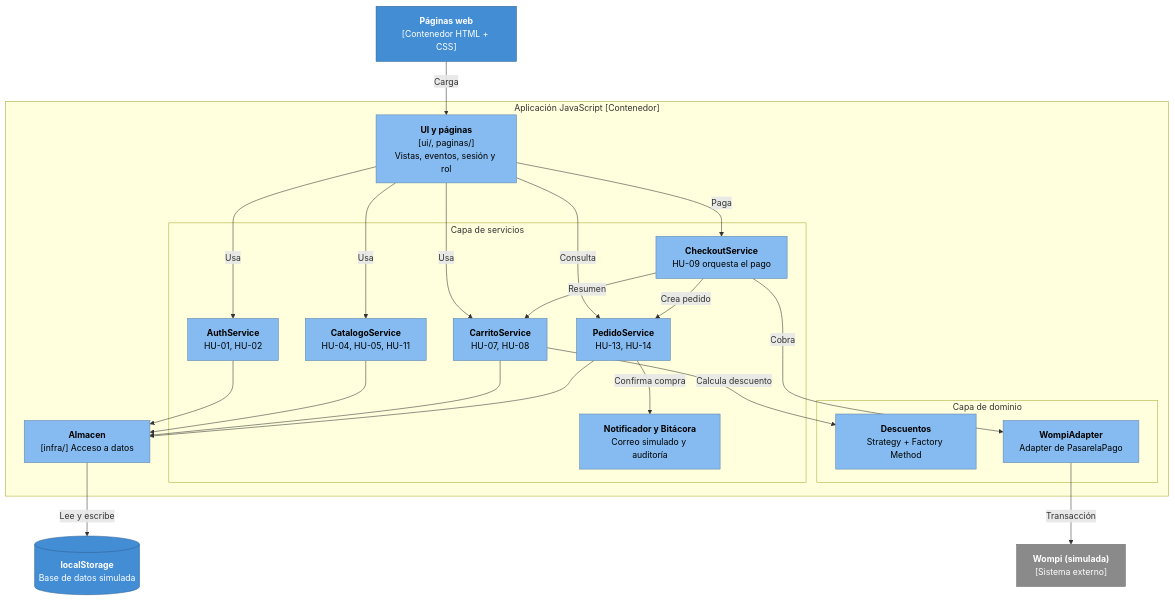
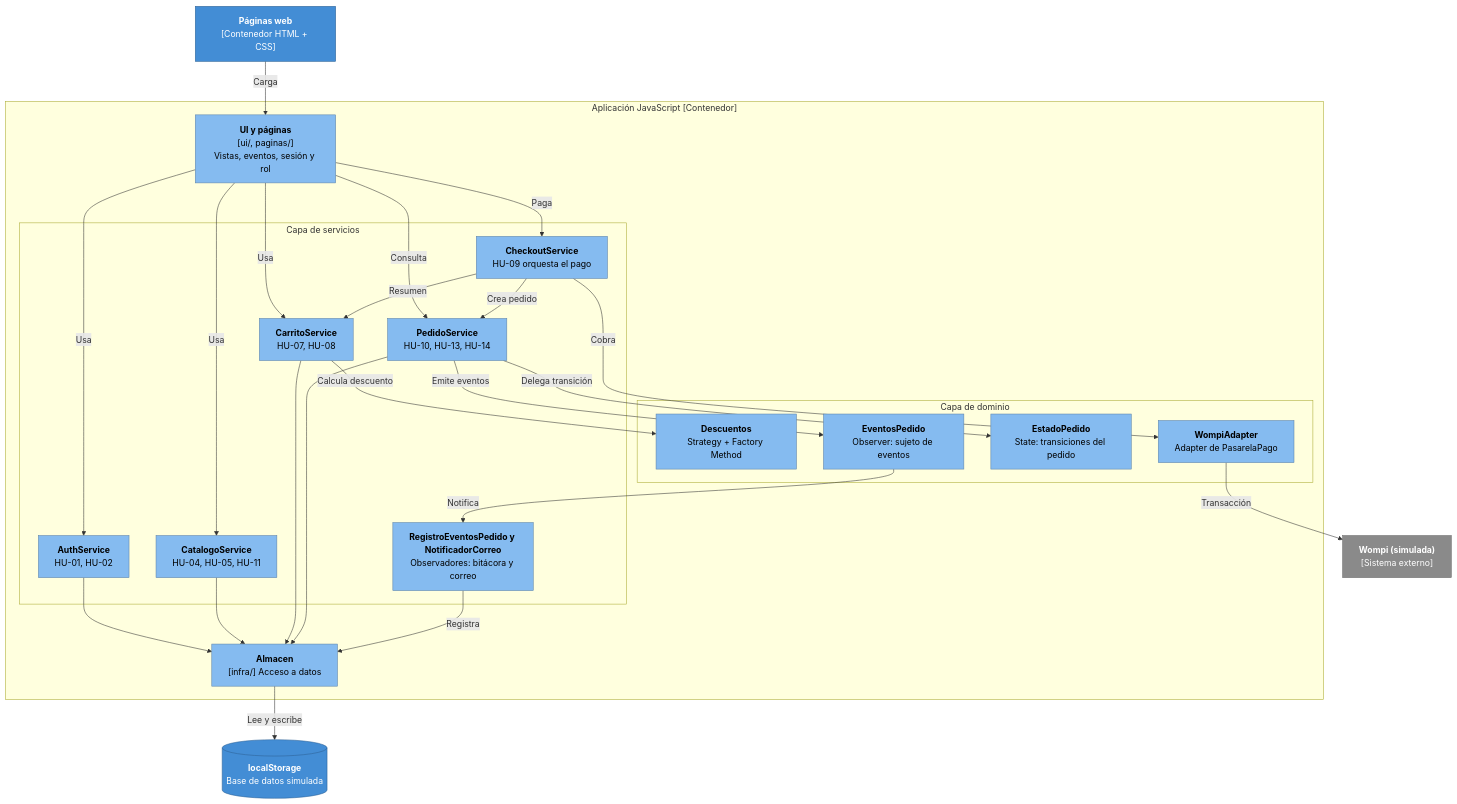
The diagram in docs/diagramas/fuentes/c4-nivel3-componentes.mmd (Alexiss039/tienda), drawn with Mermaid before and after one commit. The commit also changed 41 other files, not shown here.

Commit message:
Entregable 3 patrones state y observer, pruebas, diagramas y plantillas actualizadas

```diff
--- a/docs/diagramas/fuentes/c4-nivel3-componentes.mmd
+++ b/docs/diagramas/fuentes/c4-nivel3-componentes.mmd
@@ -1,50 +1,55 @@
 flowchart TB
   %% Nivel 3 - Componentes de la Aplicación JavaScript
   paginas["<b>Páginas web</b><br/>[Contenedor HTML + CSS]"]:::contenedor
 
   subgraph app ["Aplicación JavaScript [Contenedor]"]
     ui["<b>UI y páginas</b><br/>[ui/, paginas/]<br/>Vistas, eventos, sesión y rol"]:::componente
 
     subgraph servicios ["Capa de servicios"]
       auth["<b>AuthService</b><br/>HU-01, HU-02"]:::componente
       catalogo["<b>CatalogoService</b><br/>HU-04, HU-05, HU-11"]:::componente
       carrito["<b>CarritoService</b><br/>HU-07, HU-08"]:::componente
       checkout["<b>CheckoutService</b><br/>HU-09 orquesta el pago"]:::componente
-      pedidos["<b>PedidoService</b><br/>HU-13, HU-14"]:::componente
-      notificador["<b>Notificador y Bitácora</b><br/>Correo simulado y auditoría"]:::componente
+      pedidos["<b>PedidoService</b><br/>HU-10, HU-13, HU-14"]:::componente
+      observadores["<b>RegistroEventosPedido y NotificadorCorreo</b><br/>Observadores: bitácora y correo"]:::componente
     end
 
     subgraph dominio ["Capa de dominio"]
       descuentos["<b>Descuentos</b><br/>Strategy + Factory Method"]:::componente
       pasarela["<b>WompiAdapter</b><br/>Adapter de PasarelaPago"]:::componente
+      estados["<b>EstadoPedido</b><br/>State: transiciones del pedido"]:::componente
+      eventos["<b>EventosPedido</b><br/>Observer: sujeto de eventos"]:::componente
     end
 
     repo["<b>Almacen</b><br/>[infra/] Acceso a datos"]:::componente
   end
 
   almacen[("<b>localStorage</b><br/>Base de datos simulada")]:::bd
   wompi["<b>Wompi (simulada)</b><br/>[Sistema externo]"]:::externo
 
   paginas -->|"Carga"| ui
   ui -->|"Usa"| auth
   ui -->|"Usa"| catalogo
   ui -->|"Usa"| carrito
   ui -->|"Paga"| checkout
   ui -->|"Consulta"| pedidos
   checkout -->|"Resumen"| carrito
   checkout -->|"Crea pedido"| pedidos
   checkout -->|"Cobra"| pasarela
   carrito -->|"Calcula descuento"| descuentos
-  pedidos -->|"Confirma compra"| notificador
+  pedidos -->|"Delega transición"| estados
+  pedidos -->|"Emite eventos"| eventos
+  eventos -->|"Notifica"| observadores
   pasarela -->|"Transacción"| wompi
   auth --> repo
   catalogo --> repo
   carrito --> repo
   pedidos --> repo
+  observadores -->|"Registra"| repo
   repo -->|"Lee y escribe"| almacen
   classDef persona fill:#08427b,stroke:#052e56,color:#fff
   classDef sistema fill:#1168bd,stroke:#0b4884,color:#fff
   classDef externo fill:#8a8a8a,stroke:#6b6b6b,color:#fff
   classDef contenedor fill:#438dd5,stroke:#2e6295,color:#fff
   classDef componente fill:#85bbf0,stroke:#5d82a8,color:#000
   classDef bd fill:#438dd5,stroke:#2e6295,color:#fff
```
